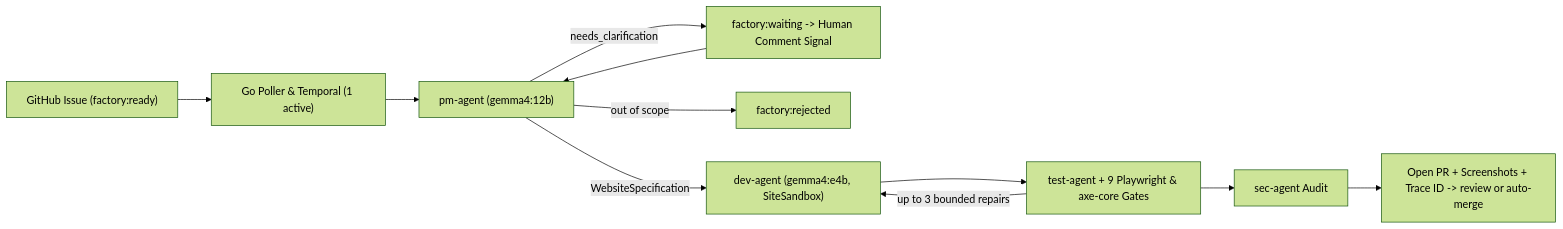
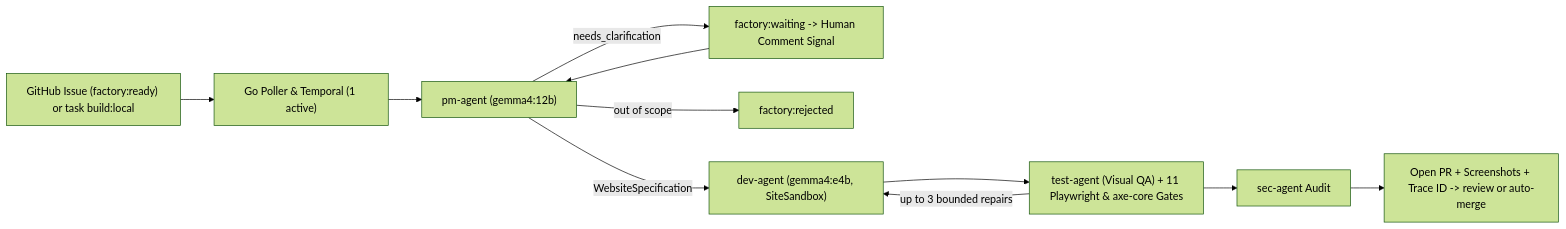
The diagram in README.md (barbarosydev/ai-factory), drawn with Mermaid (forest theme) before and after one commit. The commit also changed other lines of this file and 26 other files, not shown here.

First line of the commit message:
feat: upgrade PydanticAI agents with Visual QA, single-turn dev output, and local CLI

````diff
--- a/README.md
+++ b/README.md
@@ -16,13 +16,13 @@
 ```mermaid
 flowchart LR
-  ISS["GitHub Issue (factory:ready)"] --> POLL["Go Poller & Temporal (1 active)"]
+  ISS["GitHub Issue (factory:ready) or task build:local"] --> POLL["Go Poller & Temporal (1 active)"]
   POLL --> PM["pm-agent (gemma4:12b)"]
   PM -->|needs_clarification| WAIT["factory:waiting -> Human Comment Signal"]
   WAIT --> PM
   PM -->|out of scope| REJ["factory:rejected"]
   PM -->|WebsiteSpecification| DEV["dev-agent (gemma4:e4b, SiteSandbox)"]
-  DEV --> TEST["test-agent + 9 Playwright & axe-core Gates"]
+  DEV --> TEST["test-agent (Visual QA) + 11 Playwright & axe-core Gates"]
   TEST -->|up to 3 bounded repairs| DEV
   TEST --> SEC["sec-agent Audit"]
   SEC --> PR["Open PR + Screenshots + Trace ID -> review or auto-merge"]
 ```
````
